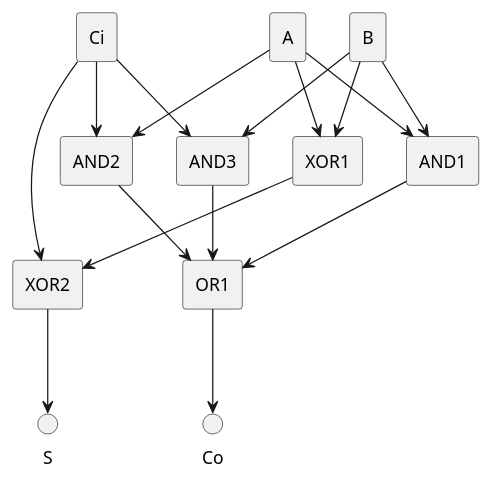
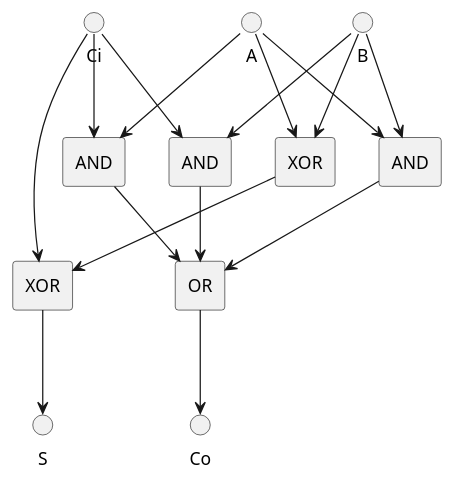
The second of 4 diagrams in src/content/posts/数字逻辑设计.md (Meer-Matze/Meer-Matze.github.io), drawn with PlantUML before and after one commit. The commit also changed other lines of this file and 1 other file, not shown here.

Commit message:
加了点plantuml

````diff
--- a/src/content/posts/数字逻辑设计.md
+++ b/src/content/posts/数字逻辑设计.md
@@ -337,32 +320,31 @@
 ```plantuml
 @startuml
-rectangle "A" as A
-rectangle "B" as B
-rectangle "Ci" as Ci
+circle "A" as A
+circle "B" as B
+circle "Ci" as Ci
 
-rectangle "XOR1" as X1
-rectangle "XOR2" as X2
-
-rectangle "AND1" as A1
-rectangle "AND2" as A2
-rectangle "AND3" as A3
-rectangle "OR1" as O1
-
-A --> X1
-B --> X1
-X1 --> X2
-Ci --> X2
-X2 --> S
+rectangle "XOR" as X1
+rectangle "XOR" as X2
+rectangle "AND" as A1
+rectangle "AND" as A2
+rectangle "AND" as A3
+rectangle "OR" as O1
 
 A --> A1
 B --> A1
 A --> A2
 Ci --> A2
 B --> A3
 Ci --> A3
 A1 --> O1
 A2 --> O1
 A3 --> O1
 O1 --> Co
+
+A --> X1
+B --> X1
+X1 --> X2
+Ci --> X2
+X2 --> S
 @enduml
 ```
````
